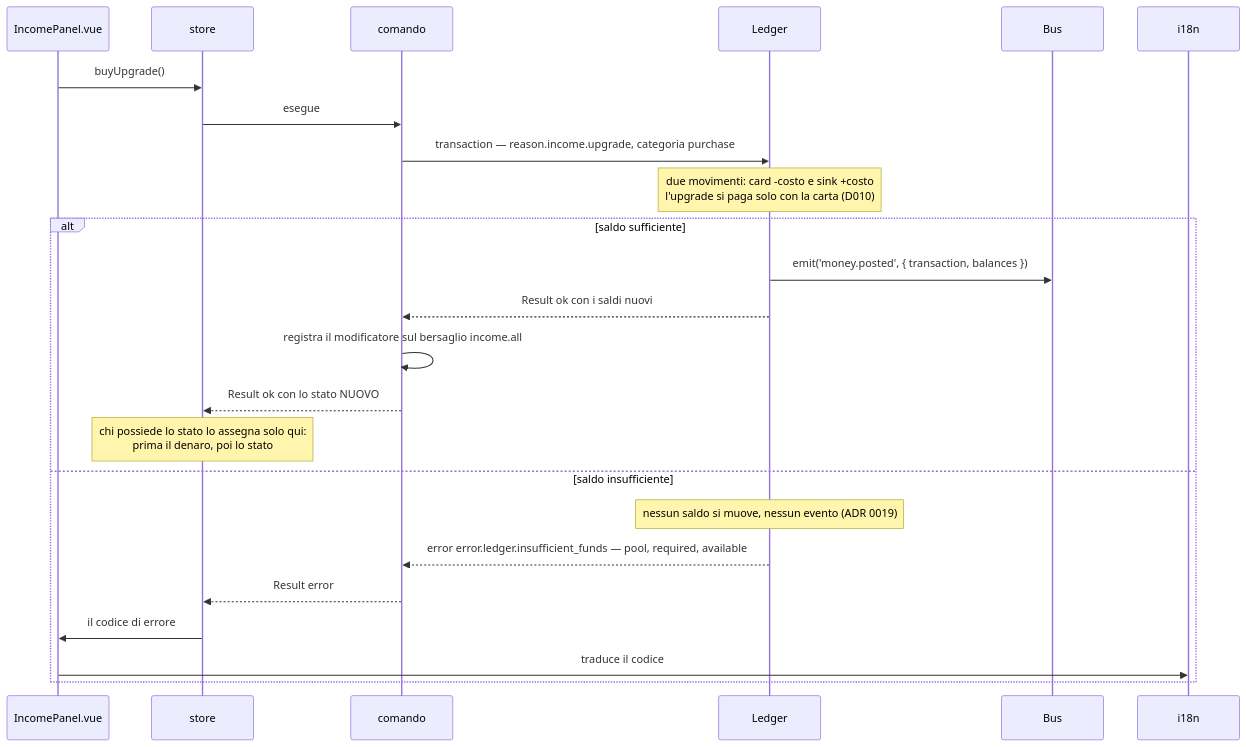
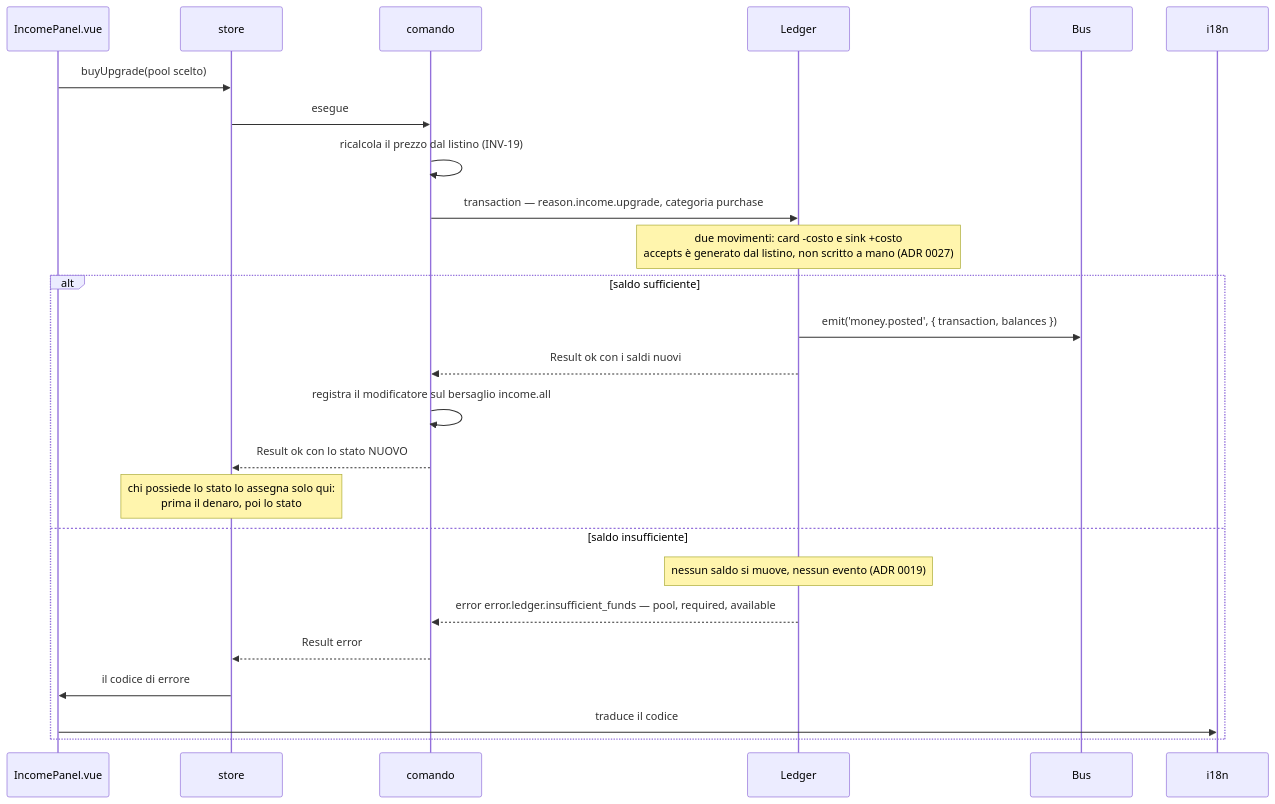
Before and after one commit to devfrx/solvent: the third of 3 diagrams in docs/design/flusso-tick.md, drawn with Mermaid. The commit also changed 4 other files, not shown here.

````diff
--- a/docs/design/flusso-tick.md
+++ b/docs/design/flusso-tick.md
@@ -88,27 +88,28 @@
 ```mermaid
 sequenceDiagram
     participant C as IncomePanel.vue
     participant ST as store
     participant CMD as comando
     participant LG as Ledger
     participant B as Bus
     participant I as i18n
 
-    C->>ST: buyUpgrade()
+    C->>ST: buyUpgrade(pool scelto)
     ST->>CMD: esegue
+    CMD->>CMD: ricalcola il prezzo dal listino (INV-19)
     CMD->>LG: transaction — reason.income.upgrade, categoria purchase
-    Note over LG: due movimenti: card -costo e sink +costo<br/>l'upgrade si paga solo con la carta (D010)
+    Note over LG: due movimenti: card -costo e sink +costo<br/>accepts è generato dal listino, non scritto a mano (ADR 0027)
     alt saldo sufficiente
         LG->>B: emit('money.posted', { transaction, balances })
         LG-->>CMD: Result ok con i saldi nuovi
         CMD->>CMD: registra il modificatore sul bersaglio income.all
         CMD-->>ST: Result ok con lo stato NUOVO
         Note over ST: chi possiede lo stato lo assegna solo qui:<br/>prima il denaro, poi lo stato
     else saldo insufficiente
         Note over LG: nessun saldo si muove, nessun evento (ADR 0019)
         LG-->>CMD: error error.ledger.insufficient_funds — pool, required, available
         CMD-->>ST: Result error
         ST->>C: il codice di errore
         C->>I: traduce il codice
     end
 ```
````
